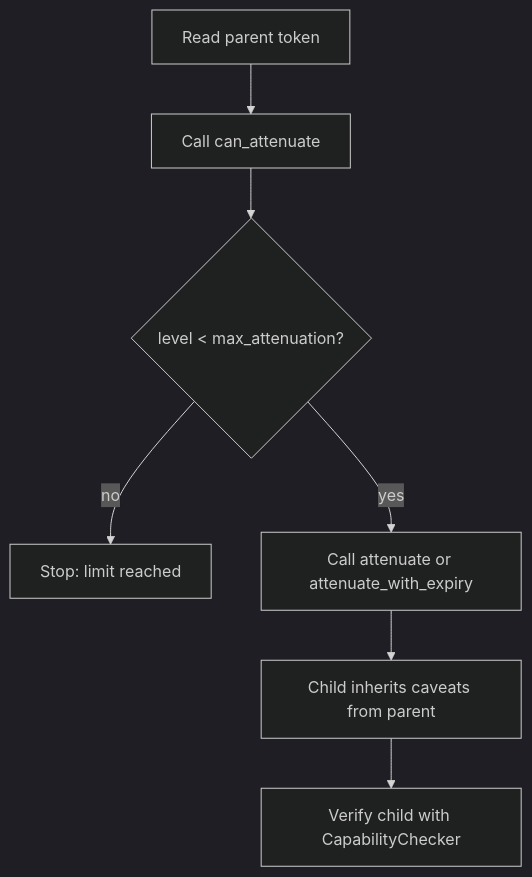
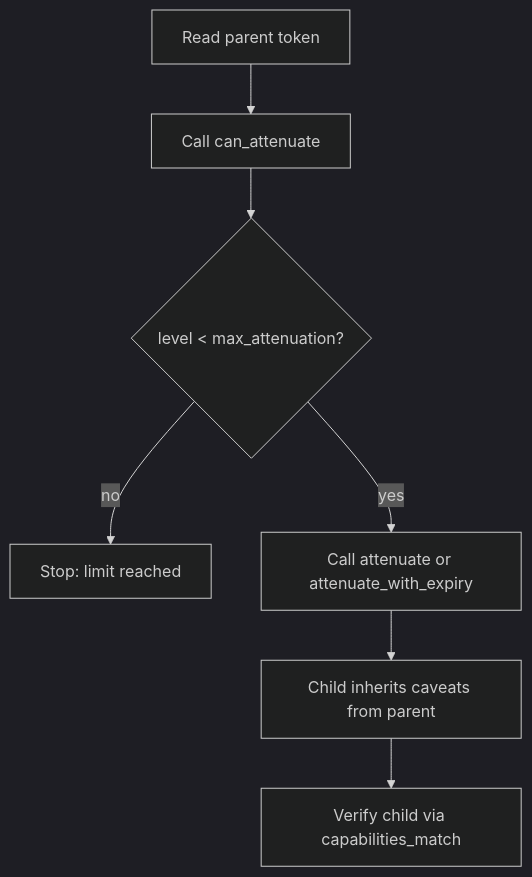
One commit to mdz-axo/zed-kask changed the diagram in kask/docs/diataxis/hkask-capability/how-to.md. Above: the diagram before and after it, drawn with Mermaid (dark theme). The commit also changed other lines of this file and 10 other files, not shown here.

````diff
--- a/kask/docs/diataxis/hkask-capability/how-to.md
+++ b/kask/docs/diataxis/hkask-capability/how-to.md
@@ -31,9 +30,9 @@
 ```mermaid
 flowchart TD
     A[Read parent token] --> B[Call can_attenuate]
     B --> C{level < max_attenuation?}
     C -- no --> D[Stop: limit reached]
     C -- yes --> E[Call attenuate or attenuate_with_expiry]
     E --> F[Child inherits caveats from parent]
-    F --> G[Verify child with CapabilityChecker]
+    F --> G[Verify child via capabilities_match]
 ```
````
